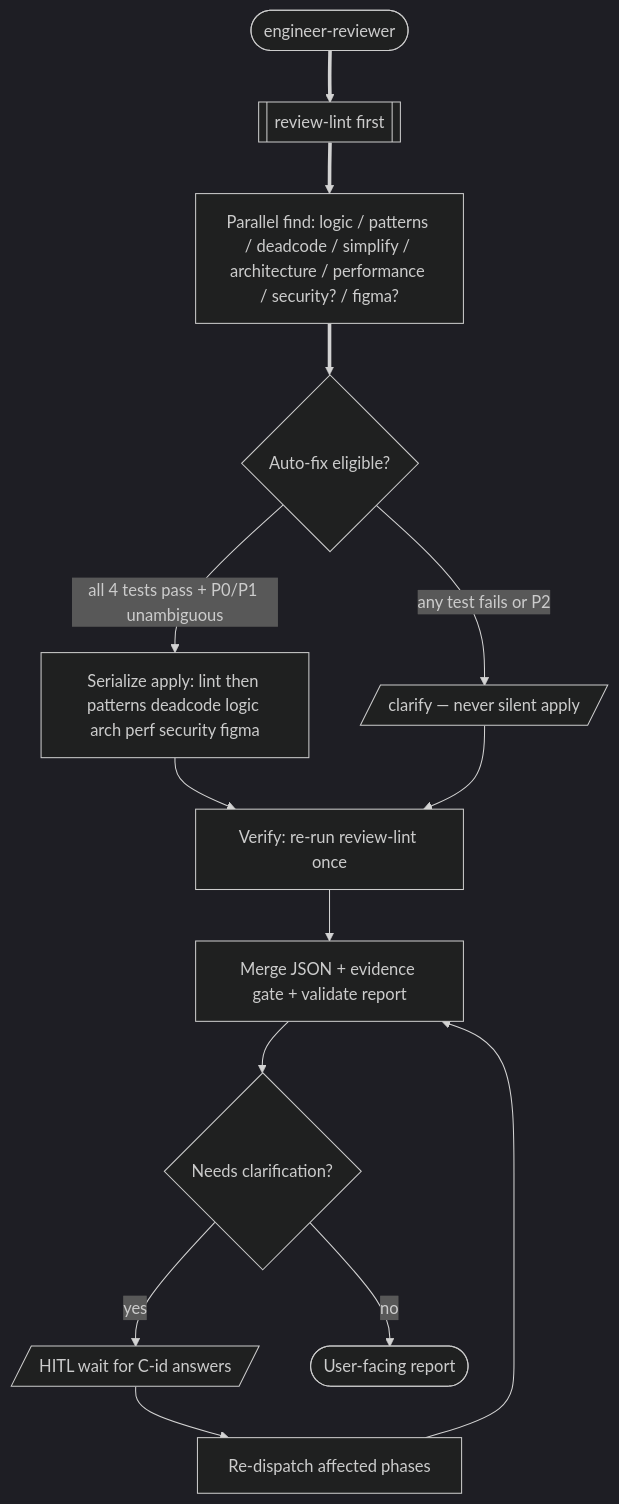
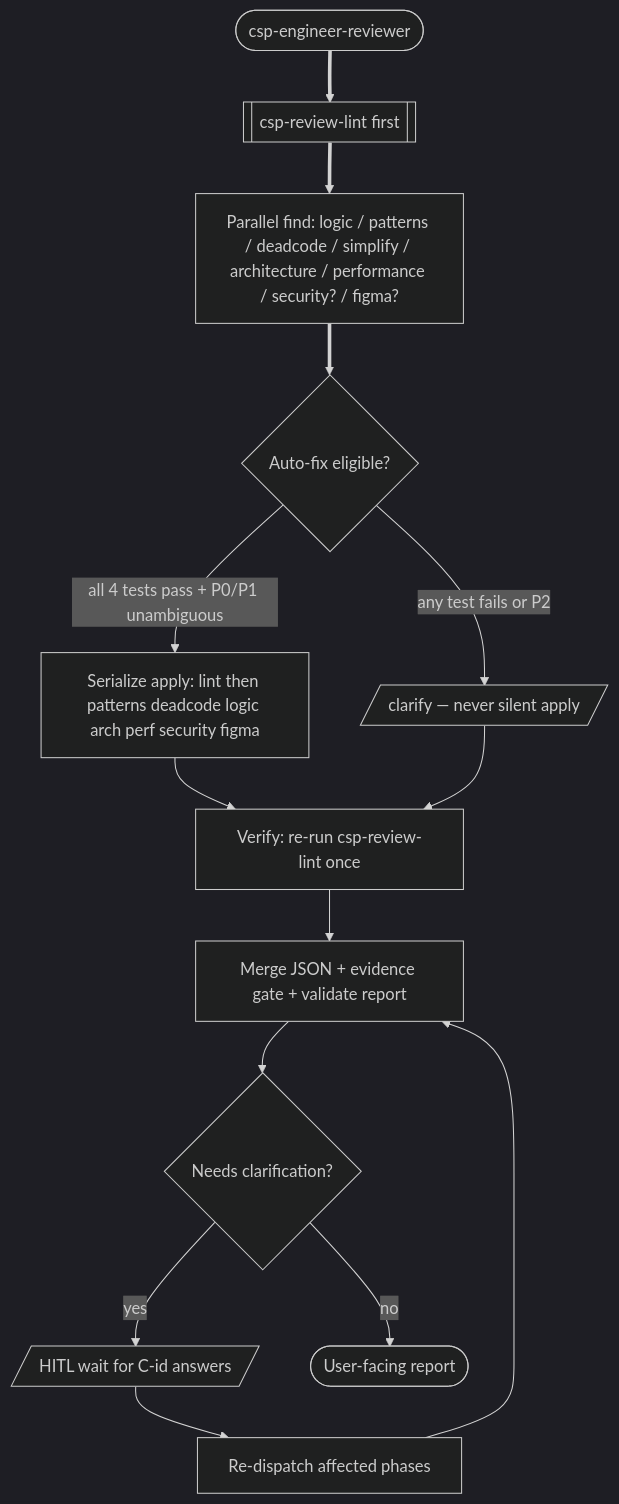
One commit to a-trembak/cursor-spells changed the eighth of 14 diagrams in docs/superpowers/pipeline-flow.md. Above: the diagram before and after it, drawn with Mermaid (dark theme). The commit also changed other lines of this file and 228 other files, not shown here.

````diff
--- a/docs/superpowers/pipeline-flow.md
+++ b/docs/superpowers/pipeline-flow.md
@@ -405,29 +405,29 @@
 ```mermaid
 flowchart TD
-  orch(["engineer-reviewer"])
-  lint[["review-lint first"]]
+  orch(["csp-engineer-reviewer"])
+  lint[["csp-review-lint first"]]
   parallelFind["Parallel find: logic / patterns / deadcode / simplify / architecture / performance / security? / figma?"]
   autofix{Auto-fix eligible?}
   apply["Serialize apply: lint then patterns deadcode logic arch perf security figma"]
   clarifyItem[/"clarify — never silent apply"/]
-  verifyLint["Verify: re-run review-lint once"]
+  verifyLint["Verify: re-run csp-review-lint once"]
   merge["Merge JSON + evidence gate + validate report"]
   needsClarify{Needs clarification?}
   waitHitl[/"HITL wait for C-id answers"/]
   redispatch["Re-dispatch affected phases"]
   report(["User-facing report"])
 
   orch ==> lint
   lint ==> parallelFind
   parallelFind ==> autofix
   autofix -->|"all 4 tests pass + P0/P1 unambiguous"| apply
   autofix -->|"any test fails or P2"| clarifyItem
   apply --> verifyLint
   clarifyItem --> verifyLint
   verifyLint --> merge
   merge --> needsClarify
   needsClarify -->|"yes"| waitHitl
   waitHitl --> redispatch
   redispatch --> merge
   needsClarify -->|"no"| report
 ```
````
